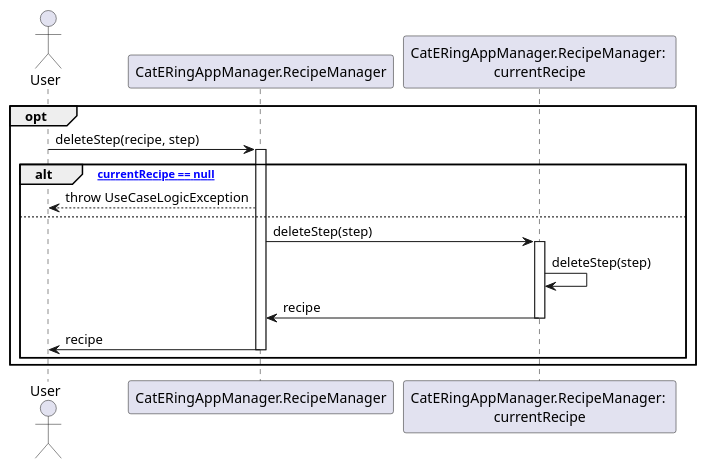
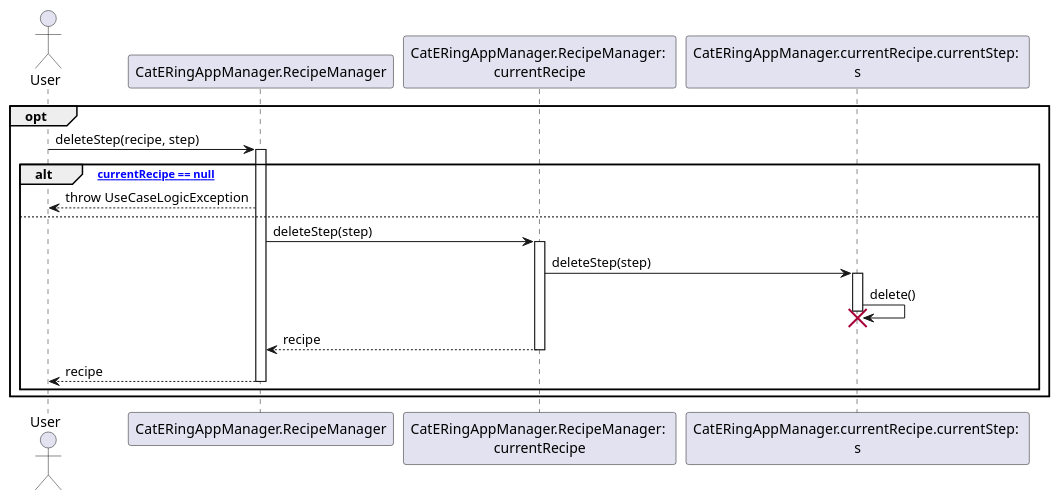
Before and after one commit to m0canu1/sas: the diagram in dsd/dsd-ricette/2b-deleteStep.md, drawn with PlantUML. The commit also changed 3 other files, not shown here.

````diff
--- a/dsd/dsd-ricette/2b-deleteStep.md
+++ b/dsd/dsd-ricette/2b-deleteStep.md
@@ -1,33 +1,31 @@
 ```plantuml
 Actor User
-Participant "CatERingAppManager.RecipeManager"
-Participant "CatERingAppManager.RecipeManager: \ncurrentRecipe"
+Participant "CatERingAppManager.RecipeManager" as RM
+Participant "CatERingAppManager.RecipeManager: \ncurrentRecipe" as CR
+Participant "CatERingAppManager.currentRecipe.currentStep: \ns" as CS
 
 opt
-    User -> "CatERingAppManager.RecipeManager": deleteStep(recipe, step)
-    Activate "CatERingAppManager.RecipeManager"
+    User -> RM: deleteStep(recipe, step)
+    Activate RM
 
     alt ["currentRecipe == null"]
-        "CatERingAppManager.RecipeManager" --> User: throw UseCaseLogicException
+        RM --> User: throw UseCaseLogicException
     else
-        "CatERingAppManager.RecipeManager" -> "CatERingAppManager.RecipeManager: \ncurrentRecipe": deleteStep(step)
-        Activate "CatERingAppManager.RecipeManager: \ncurrentRecipe"
-        
-        "CatERingAppManager.RecipeManager: \ncurrentRecipe" -> "CatERingAppManager.RecipeManager: \ncurrentRecipe": deleteStep(step)
+        RM -> CR: deleteStep(step)
+        Activate CR
+    
+        CR -> CS: deleteStep(step)
+        Activate CS
+        CS -> CS: delete()
+        Destroy CS
 
-        "CatERingAppManager.RecipeManager: \ncurrentRecipe" -> "CatERingAppManager.RecipeManager": recipe
-        Deactivate "CatERingAppManager.RecipeManager: \ncurrentRecipe"
+        CR --> RM: recipe
+        Deactivate CR
 
-        "CatERingAppManager.RecipeManager" -> User: recipe
-        Deactivate "CatERingAppManager.RecipeManager"
+        RM --> User: recipe
+        Deactivate RM
 
     end
-    
-
-
 end
 
-
-
-
 ```
````
